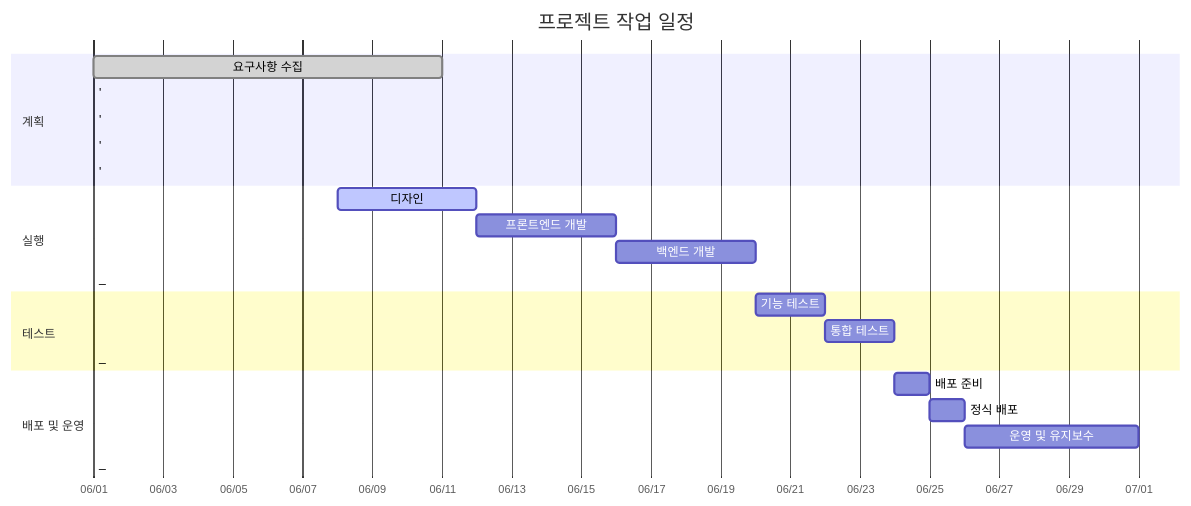
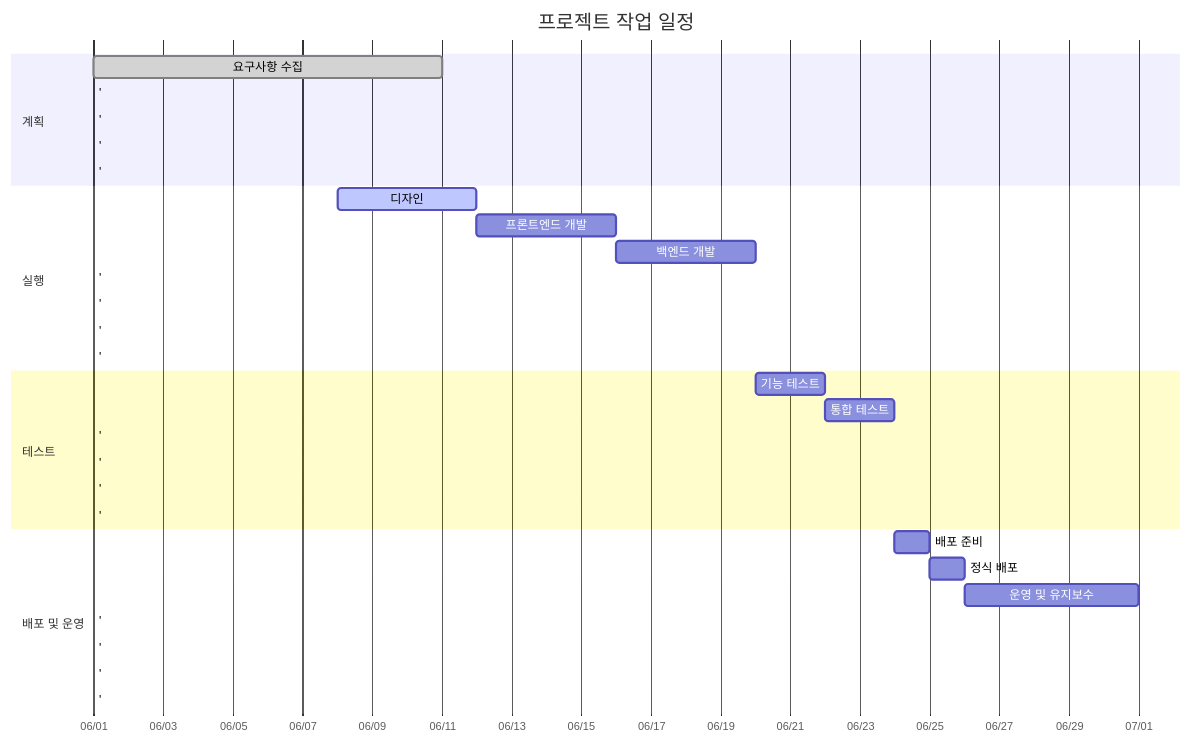
One commit to RAILWAY-2025/RAILWAY_FRONT changed the diagram in README.md. Above: the diagram before and after it, drawn with Mermaid.

````diff
--- a/README.md
+++ b/README.md
@@ -5,31 +5,40 @@
 ```mermaid
 gantt
 title 프로젝트 작업 일정
 dateFormat YYYY-MM-DD
 axisFormat %m/%d
 %% 화면에 꽉 차 보이도록 섹션을 충분히 배치
 
 section 계획
 요구사항 수집       :done,    a1, 2025-06-01, 10d
- '       :done,    a1, 2025-06-01, 0d
-'      :done,    a22, 2025-06-01, 0d
- '       :done,    a33, 2025-06-01, 0d
- '     :done,    a44, 2025-06-01, 0d
+'       :done,    a1,  2025-06-01,  0d
+'       :done,    a22, 2025-06-01,  0d
+'       :done,    a33, 2025-06-01,  0d
+'       :done,    a44, 2025-06-01,  0d
 
 section 실행
 디자인              :active,  a3, 2025-06-08, 4d
 프론트엔드 개발       :         a4, 2025-06-12, 4d
 백엔드 개발          :         a5, 2025-06-16, 4d
- _           :done,    dummy2, 2025-06-01, 0d
+'       :done,    B1,  2025-06-01,  0d
+'       :done,    B22, 2025-06-01,  0d
+'       :done,    B33, 2025-06-01,  0d
+'       :done,    B44, 2025-06-01,  0d
 
 section 테스트
 기능 테스트          :         a6, 2025-06-20, 2d
 통합 테스트          :         a7, 2025-06-22, 2d
-_            :done,    dummy3, 2025-06-01, 0d
+'       :done,    C1,  2025-06-01,  0d
+'       :done,    C22, 2025-06-01,  0d
+'       :done,    C33, 2025-06-01,  0d
+'       :done,    C44, 2025-06-01,  0d
 
 section 배포 및 운영
 배포 준비            :         a8, 2025-06-24, 1d
 정식 배포            :         a9, 2025-06-25, 1d
 운영 및 유지보수     :         a10, 2025-06-26, 5d
- _          :done,    dummy4, 2025-06-01, 0d
+'       :done,    D1,  2025-06-01,  0d
+'       :done,    D22, 2025-06-01,  0d
+'       :done,    D33, 2025-06-01,  0d
+'       :done,    D44, 2025-06-01,  0d
 ```
````
